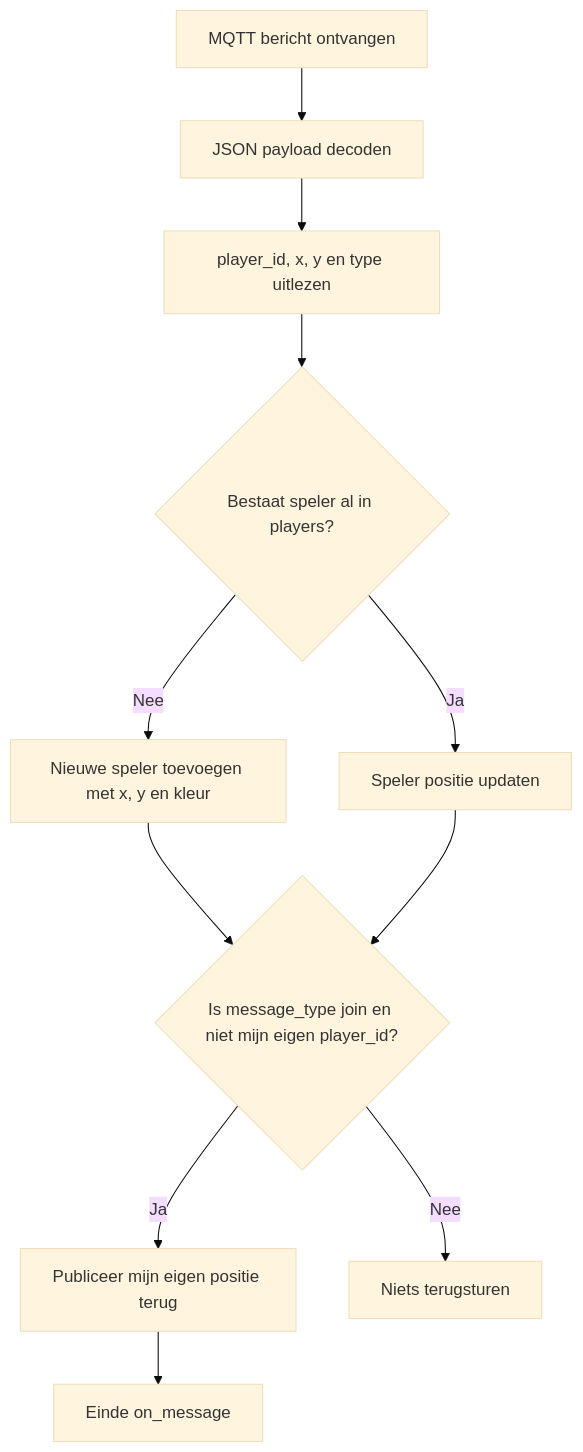
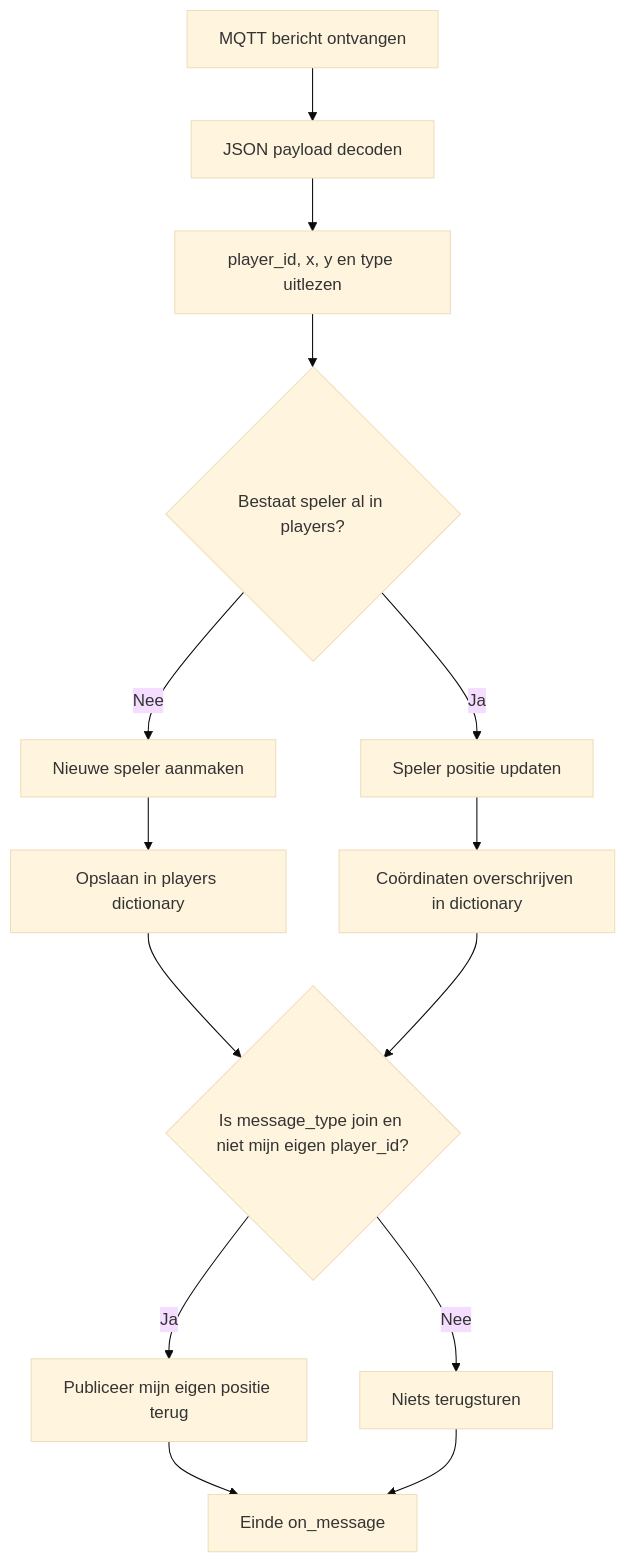
Before and after one commit to Stephankuil/Pacman_Multiplayer_Mqtt_Stephan_Kuil_0894873: the diagram in diagrams/flowchart_mqtt_mulit_circle.md, drawn with Mermaid (base theme).

Commit message:
changed flowchart

````diff
--- a/diagrams/flowchart_mqtt_mulit_circle.md
+++ b/diagrams/flowchart_mqtt_mulit_circle.md
@@ -1,19 +1,22 @@
 ```mermaid
-
 flowchart TD
     A[MQTT bericht ontvangen] --> B[JSON payload decoden]
     B --> C[player_id, x, y en type uitlezen]
+
     C --> D{Bestaat speler al in players?}
 
-    D -->|Nee| E[Nieuwe speler toevoegen met x, y en kleur]
+    D -->|Nee| E[Nieuwe speler aanmaken]
+    E --> E2[Opslaan in players dictionary]
+
     D -->|Ja| F[Speler positie updaten]
+    F --> F2[Coördinaten overschrijven in dictionary]
 
-    E --> G{Is message_type join en niet mijn eigen player_id?}
-    F --> G
+    E2 --> G{Is message_type join en niet mijn eigen player_id?}
+    F2 --> G
 
     G -->|Ja| H[Publiceer mijn eigen positie terug]
     G -->|Nee| I[Niets terugsturen]
 
     H --> J[Einde on_message]
-
+    I --> J
 ```
````
